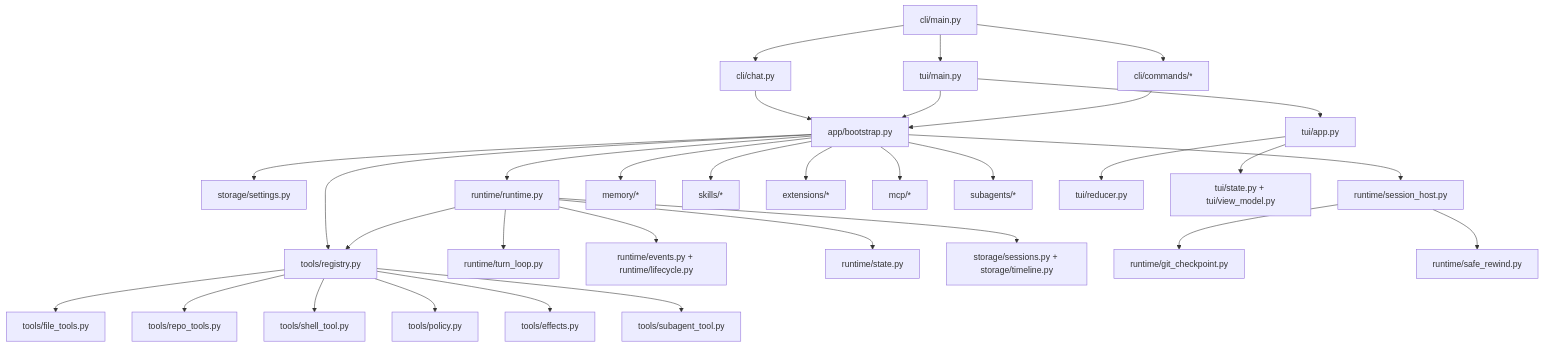
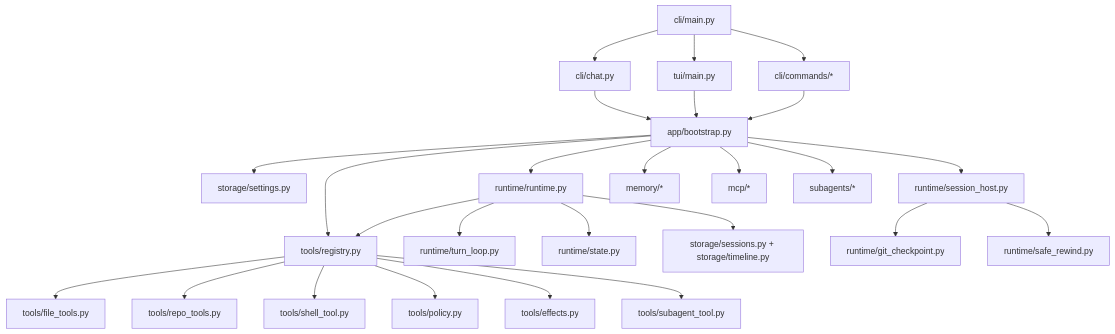
The diagram in docs/source-map.md (CHEN2003-CHIP/pp-Echo), drawn with Mermaid before and after one commit. The commit also changed other lines of this file and 40 other files, not shown here.

````diff
--- a/docs/source-map.md
+++ b/docs/source-map.md
@@ -26,40 +14,33 @@
 ```mermaid
 flowchart TD
   CLI["cli/main.py"] --> CHAT["cli/chat.py"]
   CLI --> TUI["tui/main.py"]
   CLI --> COMMANDS["cli/commands/*"]
 
   CHAT --> BOOT["app/bootstrap.py"]
   TUI --> BOOT
   COMMANDS --> BOOT
 
   BOOT --> SETTINGS["storage/settings.py"]
   BOOT --> HOST["runtime/session_host.py"]
   BOOT --> REG["tools/registry.py"]
   BOOT --> RUNTIME["runtime/runtime.py"]
   BOOT --> MEMORY["memory/*"]
-  BOOT --> SKILLS["skills/*"]
-  BOOT --> EXT["extensions/*"]
   BOOT --> MCP["mcp/*"]
   BOOT --> SUB["subagents/*"]
 
   RUNTIME --> TURN["runtime/turn_loop.py"]
-  RUNTIME --> EVENTS["runtime/events.py + runtime/lifecycle.py"]
   RUNTIME --> STATE["runtime/state.py"]
   RUNTIME --> STORES["storage/sessions.py + storage/timeline.py"]
   RUNTIME --> REG
 
   REG --> FILETOOLS["tools/file_tools.py"]
   REG --> REPOTOOLS["tools/repo_tools.py"]
   REG --> SHELL["tools/shell_tool.py"]
   REG --> POLICY["tools/policy.py"]
   REG --> EFFECTS["tools/effects.py"]
   REG --> SUBTOOL["tools/subagent_tool.py"]
 
   HOST --> CHECKPOINT["runtime/git_checkpoint.py"]
   HOST --> REWIND["runtime/safe_rewind.py"]
-
-  TUI --> TUIAPP["tui/app.py"]
-  TUIAPP --> TUIREDUCER["tui/reducer.py"]
-  TUIAPP --> TUISTATE["tui/state.py + tui/view_model.py"]
 ```
````
